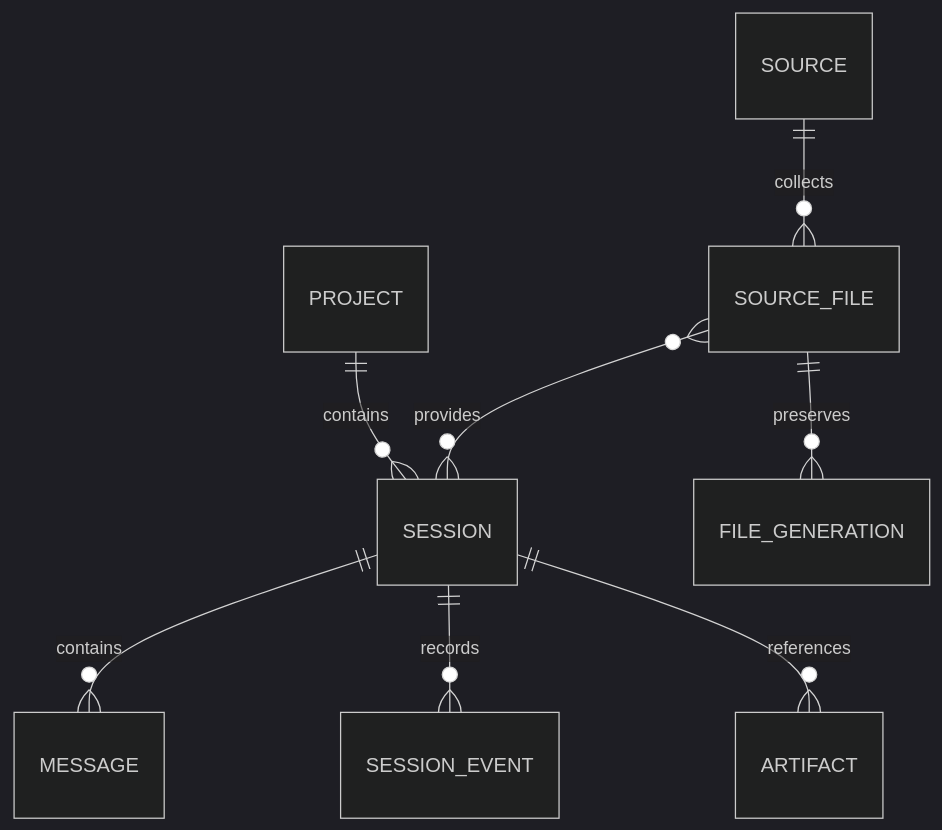
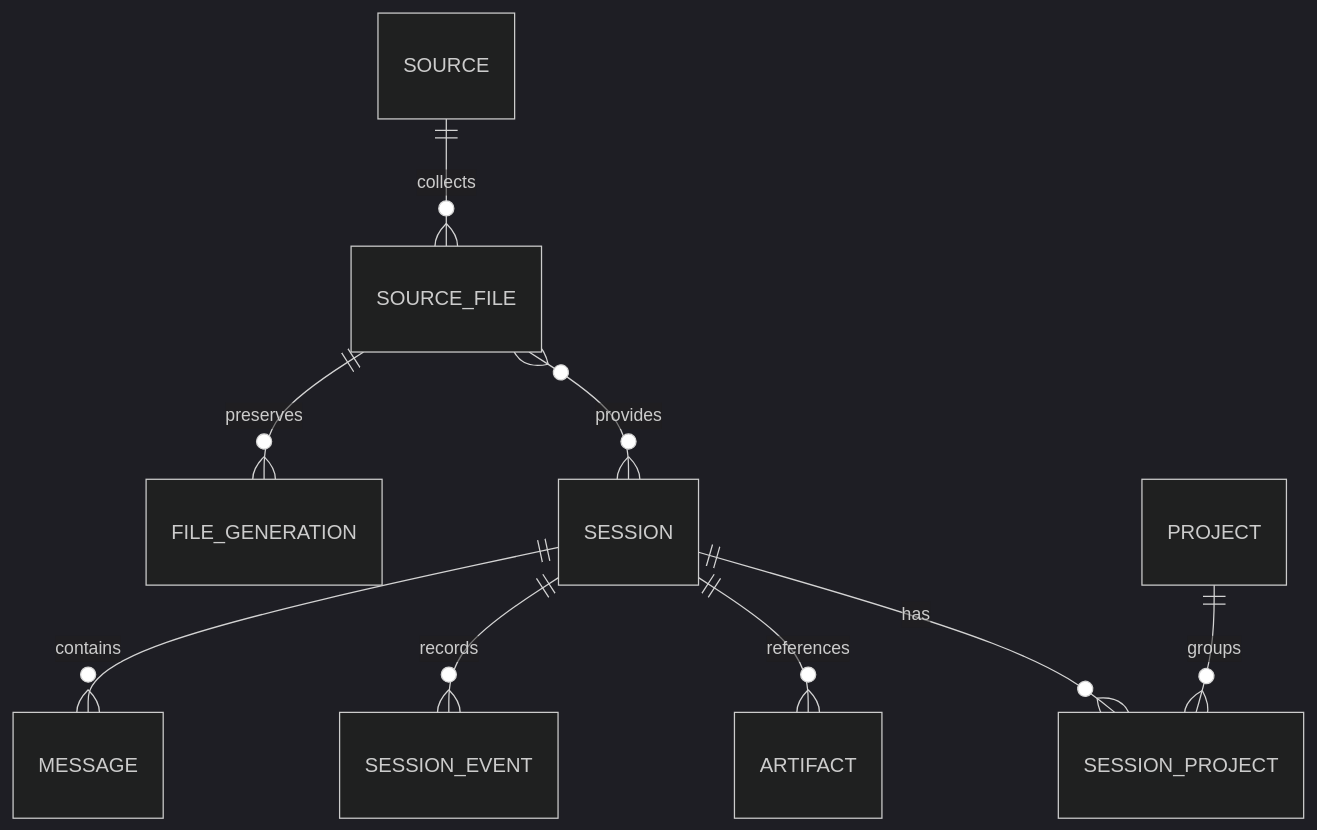
The diagram in docs/data-model.md (mitchwolfe1/sessiondb), drawn with Mermaid (dark theme) before and after one commit. The commit also changed other lines of this file and 33 other files, not shown here.

Commit message:
docs: separate session collection from project associations

````diff
--- a/docs/data-model.md
+++ b/docs/data-model.md
@@ -9,10 +9,11 @@
 ```mermaid
 erDiagram
-    PROJECT ||--o{ SESSION : contains
     SOURCE ||--o{ SOURCE_FILE : collects
     SOURCE_FILE ||--o{ FILE_GENERATION : preserves
     SOURCE_FILE }o--o{ SESSION : provides
     SESSION ||--o{ MESSAGE : contains
     SESSION ||--o{ SESSION_EVENT : records
     SESSION ||--o{ ARTIFACT : references
+    SESSION ||--o{ SESSION_PROJECT : has
+    PROJECT ||--o{ SESSION_PROJECT : groups
 ```
````
